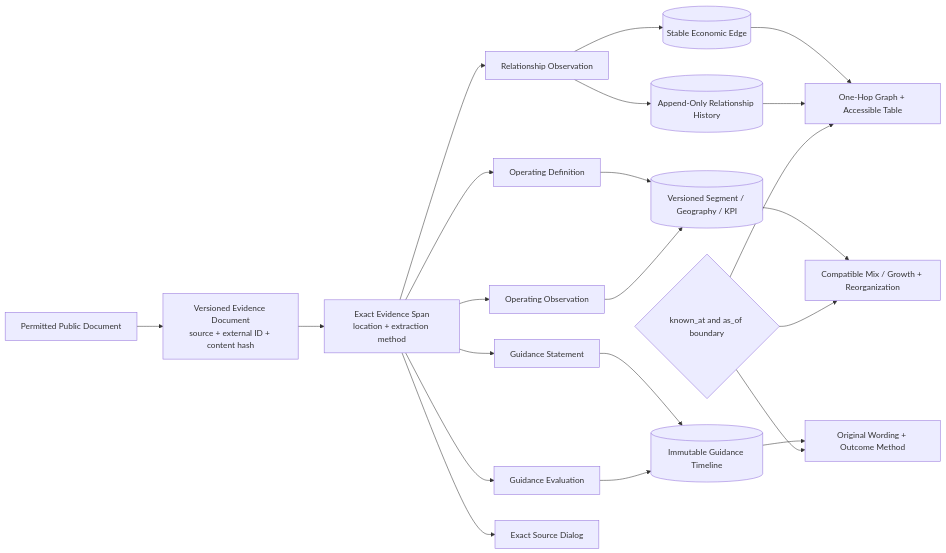
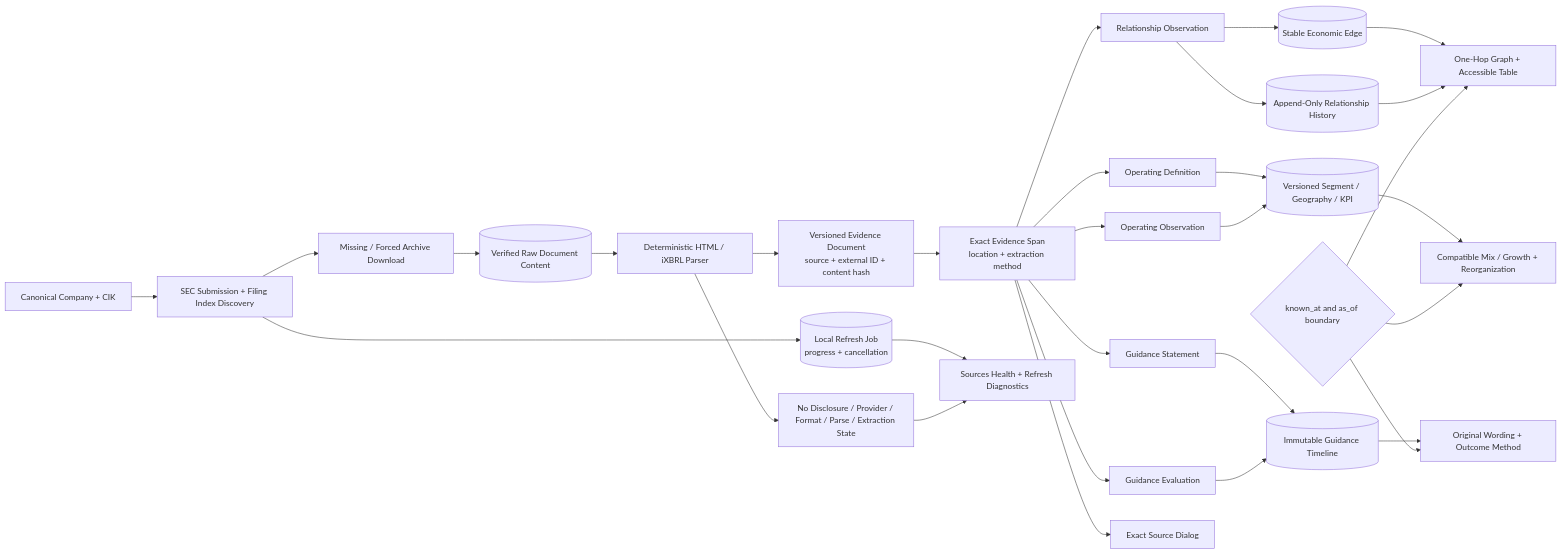
One commit to hoshinglee/gbb-terminal changed the eighth of 10 diagrams in docs/system-diagrams.md. Above: the diagram before and after it, drawn with Mermaid. The commit also changed other lines of this file and 104 other files, not shown here.

````diff
--- a/docs/system-diagrams.md
+++ b/docs/system-diagrams.md
@@ -378,27 +403,35 @@
 ```mermaid
 flowchart LR
-    Public[Permitted Public Document] --> Document[Versioned Evidence Document<br/>source + external ID + content hash]
+    Company[Canonical Company + CIK] --> Discovery[SEC Submission + Filing Index Discovery]
+    Discovery --> Job[(Local Refresh Job<br/>progress + cancellation)]
+    Discovery --> Download[Missing / Forced Archive Download]
+    Download --> Raw[(Verified Raw Document Content)]
+    Raw --> Parser[Deterministic HTML / iXBRL Parser]
+    Parser --> Document[Versioned Evidence Document<br/>source + external ID + content hash]
     Document --> Span[Exact Evidence Span<br/>location + extraction method]
     Span --> Relationship[Relationship Observation]
     Span --> Definition[Operating Definition]
     Span --> Metric[Operating Observation]
     Span --> Statement[Guidance Statement]
     Span --> Outcome[Guidance Evaluation]
 
     Relationship --> Edge[(Stable Economic Edge)]
     Relationship --> History[(Append-Only Relationship History)]
     Definition --> Series[(Versioned Segment / Geography / KPI)]
     Metric --> Series
     Statement --> Timeline[(Immutable Guidance Timeline)]
     Outcome --> Timeline
 
     Edge --> Graph[One-Hop Graph + Accessible Table]
     History --> Graph
     Series --> OperationsUI[Compatible Mix / Growth + Reorganization]
     Timeline --> GuidanceUI[Original Wording + Outcome Method]
     Span --> SourceUI[Exact Source Dialog]
+    Job --> SourcesUI[Sources Health + Refresh Diagnostics]
+    Parser --> Diagnostics[No Disclosure / Provider / Format / Parse / Extraction State]
+    Diagnostics --> SourcesUI
 
     AsOf{known_at and as_of boundary} --> Graph
     AsOf --> OperationsUI
     AsOf --> GuidanceUI
 ```
````
